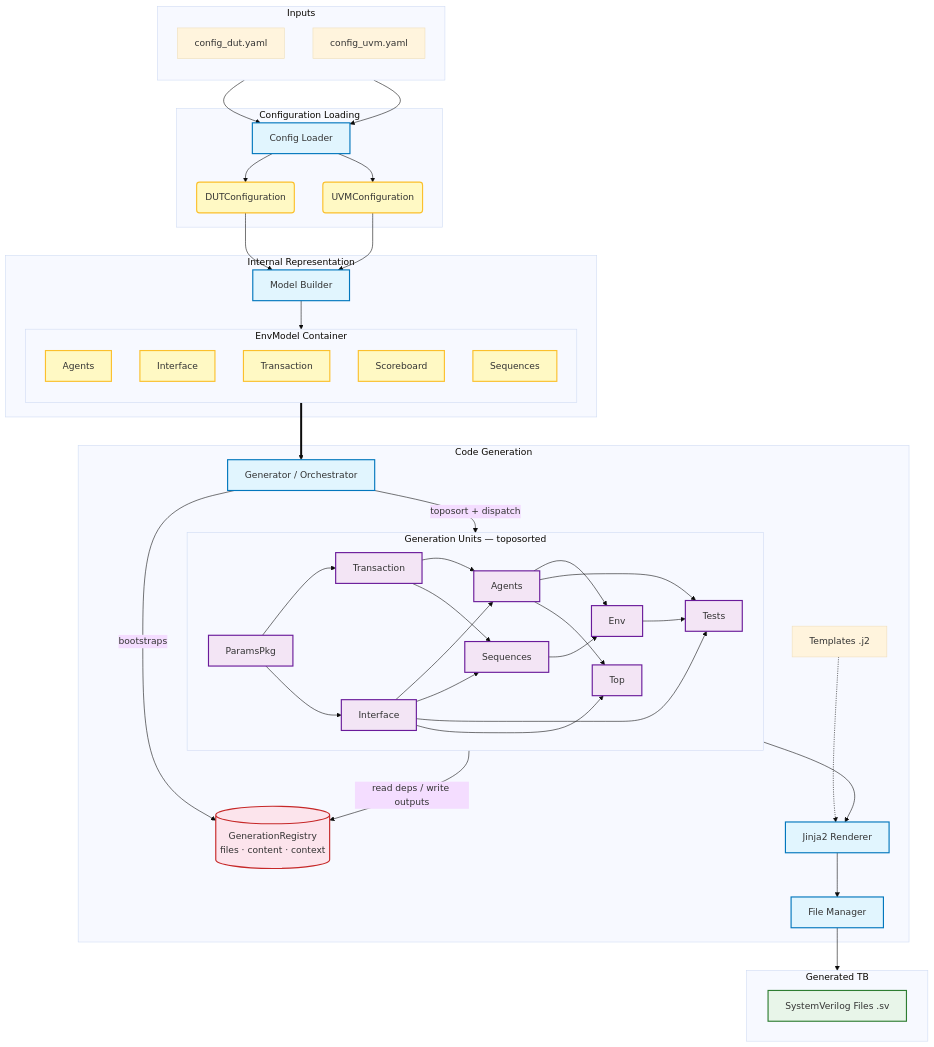
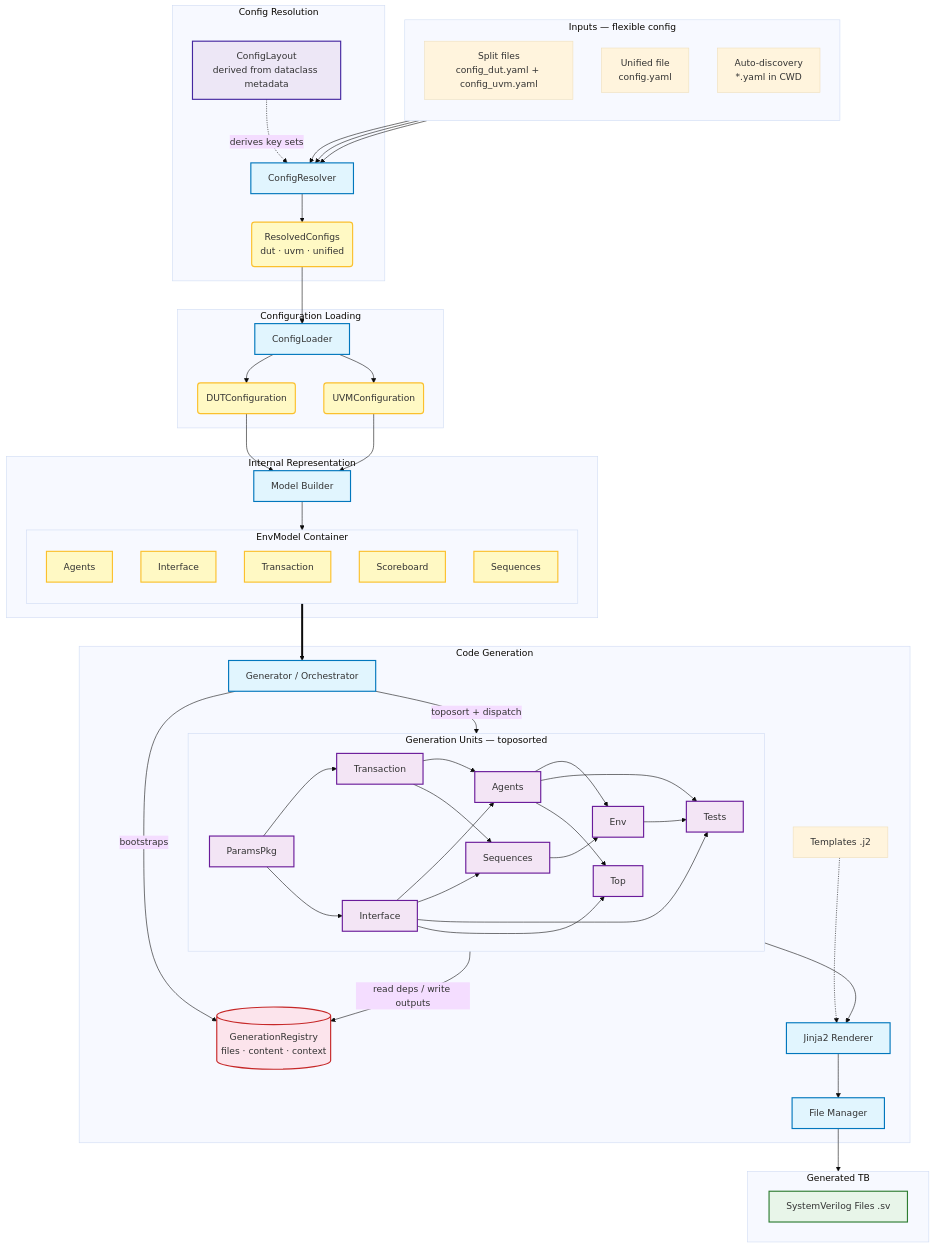
The diagram in README.md (stahlgit/uvm_pygen), drawn with Mermaid (base theme) before and after one commit. The commit also changed 16 other files, not shown here.

````diff
--- a/README.md
+++ b/README.md
@@ -5,19 +5,29 @@
 ```mermaid
 flowchart TD
-    classDef logic   fill:#e1f5fe,stroke:#0277bd,stroke-width:2px;
-    classDef data    fill:#fff9c4,stroke:#fbc02d,stroke-width:2px;
+    classDef logic    fill:#e1f5fe,stroke:#0277bd,stroke-width:2px;
+    classDef data     fill:#fff9c4,stroke:#fbc02d,stroke-width:2px;
     classDef artifact fill:#e8f5e9,stroke:#2e7d32,stroke-width:2px;
     classDef registry fill:#fce4ec,stroke:#c62828,stroke-width:2px;
-    classDef unit    fill:#f3e5f5,stroke:#6a1b9a,stroke-width:2px;
+    classDef unit     fill:#f3e5f5,stroke:#6a1b9a,stroke-width:2px;
+    classDef meta     fill:#ede7f6,stroke:#4527a0,stroke-width:2px;
 
-    subgraph Inputs [Inputs]
+    subgraph Inputs [Inputs — flexible config]
         direction TB
-        DUT_CFG[config_dut.yaml]
-        UVM_CFG[config_uvm.yaml]
+        SPLIT["Split files\nconfig_dut.yaml + config_uvm.yaml"]
+        UNIFIED["Unified file\nconfig.yaml"]
+        AUTO["Auto-discovery\n*.yaml in CWD"]
+    end
+
+    subgraph Phase0 [Config Resolution]
+        Resolver[ConfigResolver]:::logic
+        Layout[ConfigLayout\nderived from dataclass metadata]:::meta
+        RC(ResolvedConfigs\ndut · uvm · unified):::data
+        Layout -. derives key sets .-> Resolver
+        Resolver --> RC
     end
 
     subgraph Phase1 [Configuration Loading]
-        Loader[Config Loader]:::logic
+        Loader[ConfigLoader]:::logic
         DUT_OBJ(DUTConfiguration):::data
         UVM_OBJ(UVMConfiguration):::data
     end
@@ -65,7 +75,8 @@
         SV_FILES[SystemVerilog Files .sv]:::artifact
     end
 
-    DUT_CFG & UVM_CFG --> Loader
+    SPLIT & UNIFIED & AUTO --> Resolver
+    RC --> Loader
     Loader --> DUT_OBJ & UVM_OBJ
     DUT_OBJ & UVM_OBJ --> Builder
     Builder --> EnvModel
````
